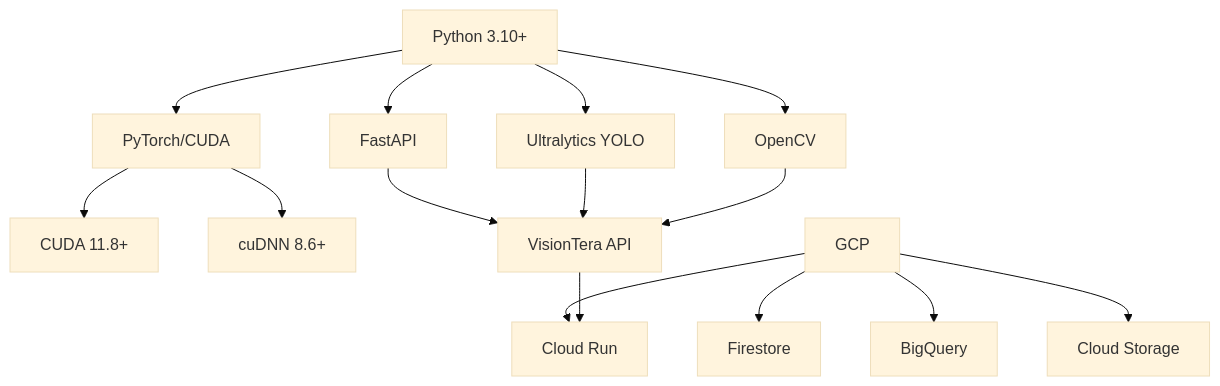
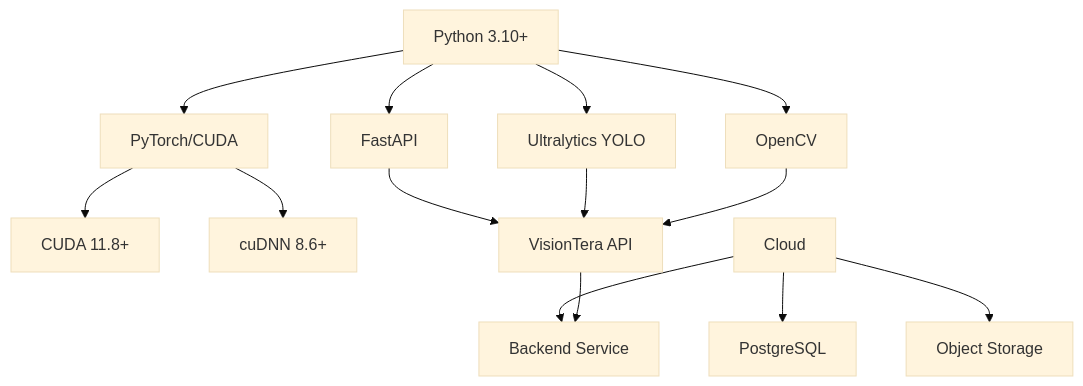
One commit to MuksithMRA/VisonTera-AI changed diagram 12 of 12 in IMPLEMENTATION_PIPELINE.md. Above: the diagram before and after it, drawn with Mermaid (base theme). The commit also changed other lines of this file and 9 other files, not shown here.

````diff
--- a/IMPLEMENTATION_PIPELINE.md
+++ b/IMPLEMENTATION_PIPELINE.md
@@ -495,20 +492,19 @@
 ```mermaid
 graph TD
     A[Python 3.10+] --> B[FastAPI]
     A --> C[PyTorch/CUDA]
     A --> D[Ultralytics YOLO]
     A --> E[OpenCV]
     
     C --> F[CUDA 11.8+]
     C --> G[cuDNN 8.6+]
     
-    H[GCP] --> I[Cloud Run]
-    H --> J[Firestore]
-    H --> K[BigQuery]
-    H --> L[Cloud Storage]
+    H[Cloud] --> I[Backend Service]
+    H --> J[PostgreSQL]
+    H --> L[Object Storage]
     
     B --> M[VisionTera API]
     D --> M
     E --> M
     M --> I
 ```
````
